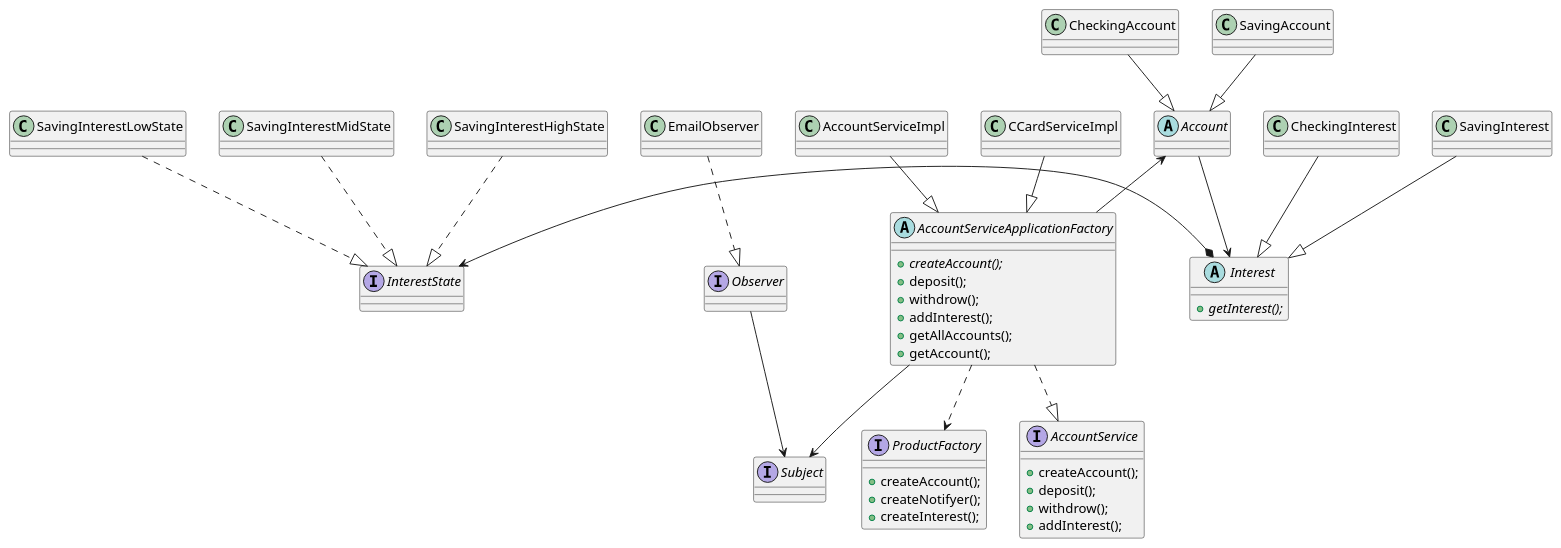
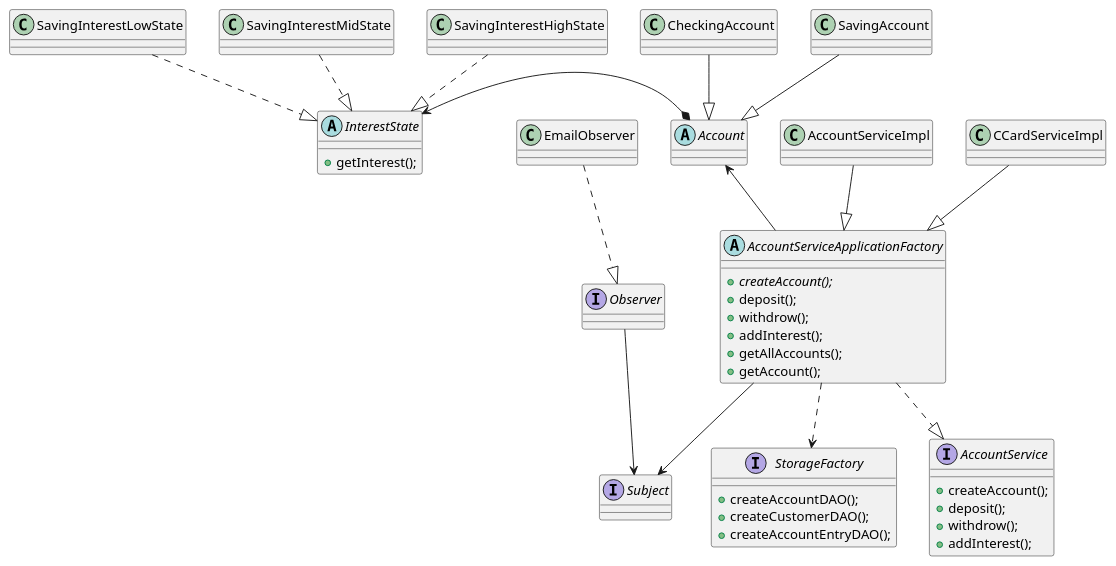
The diagram in src/main/java/Internal/classDiagram.puml (kgapparov/ASDProject), drawn with PlantUML before and after one commit. The commit also changed 12 other files, not shown here.

```diff
--- a/src/main/java/Internal/classDiagram.puml
+++ b/src/main/java/Internal/classDiagram.puml
@@ -1,80 +1,62 @@
 @startuml
 'https://plantuml.com/class-diagram
 
 interface AccountService {
     +createAccount();
     +deposit();
     +withdrow();
     +addInterest();
 }
 
 abstract AccountServiceApplicationFactory{
     +{abstract}createAccount();
     +deposit();
     +withdrow();
     +addInterest();
     +getAllAccounts();
     +getAccount();
 }
 
-abstract Interest {
-    +{abstract}getInterest();
-}
-
-interface ProductFactory {
-    +createAccount();
-    +createNotifyer();
-    +createInterest();
+interface StorageFactory {
+    +createAccountDAO();
+    +createCustomerDAO();
+    +createAccountEntryDAO();
 }
 'new Account product with subclasses
 abstract Account
 class CheckingAccount
 class SavingAccount
 'diagram
 CheckingAccount --|> Account
 SavingAccount --|> Account
 
 
 'Observer pattern for notifiyer
 interface Subject
 Interface Observer
 class EmailObserver
 
 Observer --> Subject
 EmailObserver ..|> Observer
 
 AccountServiceApplicationFactory --> Subject
-abstract Interest
-class CheckingInterest
-class SavingInterest
 
-CheckingInterest --|> Interest
-SavingInterest --|> Interest
-
-interface InterestState
-InterestState <-* Interest
-
-
+abstract class InterestState {
+    +getInterest();
+}
 class SavingInterestLowState
 class SavingInterestMidState
 class SavingInterestHighState
 SavingInterestHighState ..|> InterestState
 SavingInterestLowState ..|> InterestState
 SavingInterestMidState ..|> InterestState
-'
-'class CheckingInterestLowState
-'class CheckingInterestMidState
-'class CheckingInterestHighState
-'CheckingInterestHighState ..|> InterestState
-'CheckingInterestLowState ..|> InterestState
-'CheckingInterestMidState ..|> InterestState
 
+InterestState <-* Account
 AccountServiceApplicationFactory ..|> AccountService
-Account --> Interest
 AccountServiceImpl --|> AccountServiceApplicationFactory
 CCardServiceImpl --|> AccountServiceApplicationFactory
 
-AccountServiceApplicationFactory ..> ProductFactory
+AccountServiceApplicationFactory ..> StorageFactory
 Account <-- AccountServiceApplicationFactory
 
 @enduml
```
